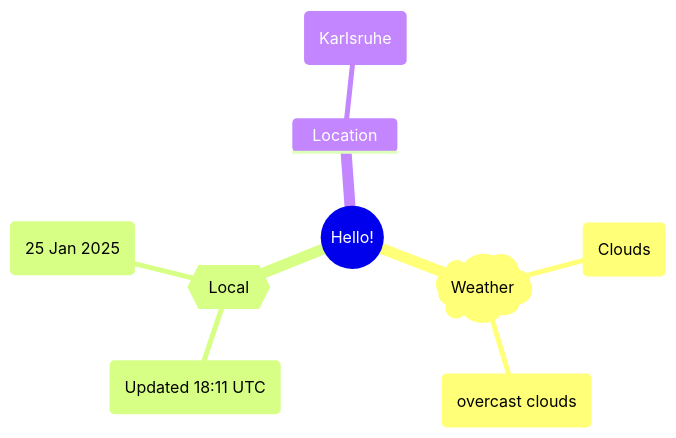
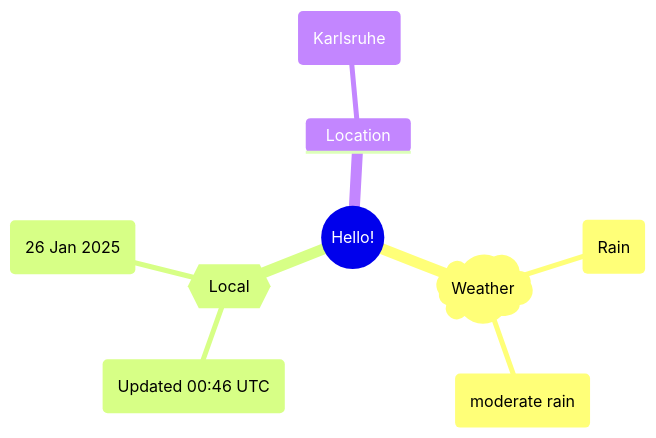
Before and after one commit to Xosrov/Xosrov: the first of 2 diagrams in README.md, drawn with Mermaid.

Commit message:
[bot] updated images

````diff
--- a/README.md
+++ b/README.md
@@ -3,12 +3,12 @@
 ```mermaid
 mindmap
   root((Hello!))
     )Weather(
-        (Clouds)
-        (overcast clouds)
+        (Rain)
+        (moderate rain)
     {{Local}}
-        (Updated 18:11 UTC)
-        (25 Jan 2025)
+        (Updated 00:46 UTC)
+        (26 Jan 2025)
     Location
         (Karlsruhe)
 ```
````
